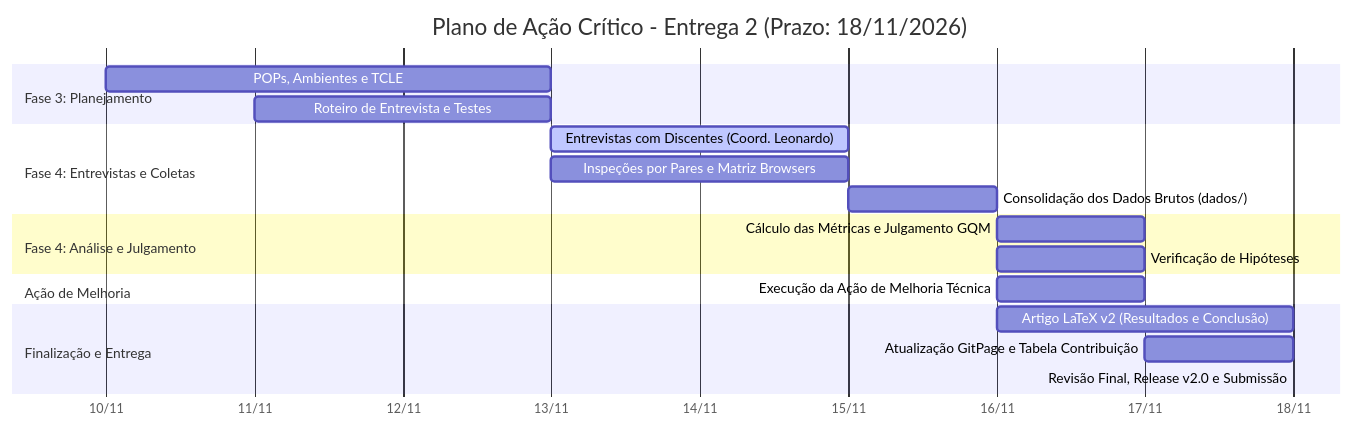
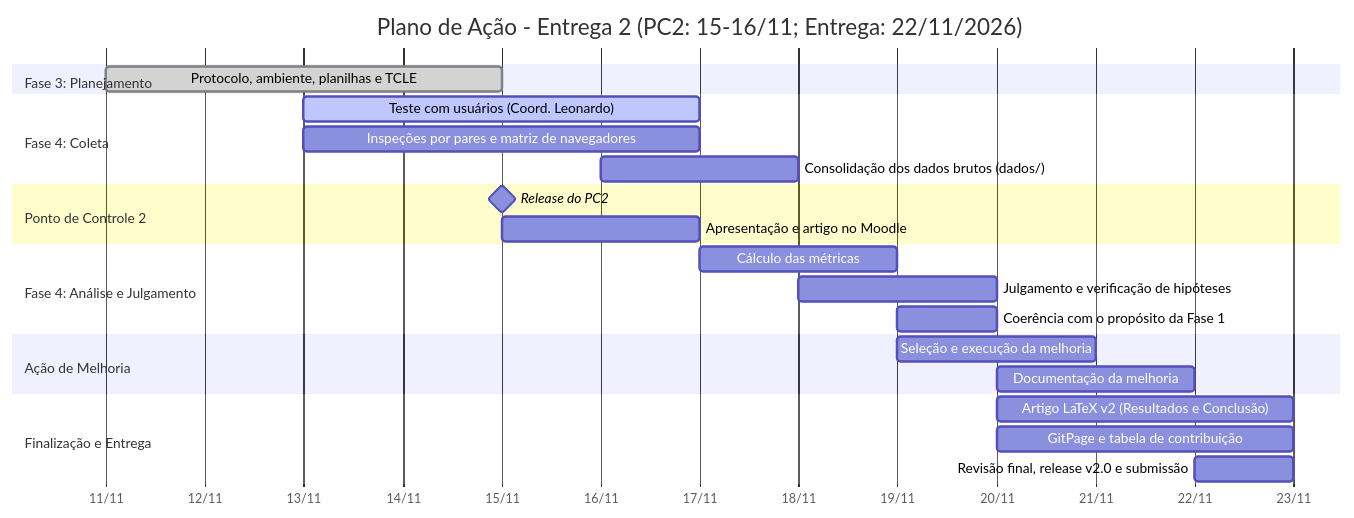
The diagram in docs/fase-3/cronograma.md (FCTE-Qualidade-de-Software-1/2026-2_T02_ADELE_GOLDSTINE), drawn with Mermaid before and after one commit. The commit also changed other lines of this file, not shown here.

First line of the commit message:
[D17] Atualiza o cronograma para a entrega em 22/11 e o PC2

````diff
--- a/docs/fase-3/cronograma.md
+++ b/docs/fase-3/cronograma.md
@@ -15,22 +15,27 @@
 ```mermaid
 gantt
-    title Plano de Ação Crítico - Entrega 2 (Prazo: 18/11/2026)
+    title Plano de Ação - Entrega 2 (PC2: 15-16/11; Entrega: 22/11/2026)
     dateFormat  YYYY-MM-DD
     axisFormat  %d/%m
+    inclusiveEndDates
     section Fase 3: Planejamento
-    POPs, Ambientes e TCLE              :2026-11-10, 2026-11-13
-    Roteiro de Entrevista e Testes      :2026-11-11, 2026-11-13
-    section Fase 4: Entrevistas e Coletas
-    Entrevistas com Discentes (Coord. Leonardo) :active, 2026-11-13, 2026-11-15
-    Inspeções por Pares e Matriz Browsers       :2026-11-13, 2026-11-15
-    Consolidação dos Dados Brutos (dados/)      :2026-11-15, 2026-11-16
+    Protocolo, ambiente, planilhas e TCLE       :done, 2026-11-11, 2026-11-14
+    section Fase 4: Coleta
+    Teste com usuários (Coord. Leonardo)        :active, 2026-11-13, 2026-11-16
+    Inspeções por pares e matriz de navegadores :2026-11-13, 2026-11-16
+    Consolidação dos dados brutos (dados/)      :2026-11-16, 2026-11-17
+    section Ponto de Controle 2
+    Release do PC2                              :milestone, 2026-11-15, 0d
+    Apresentação e artigo no Moodle             :2026-11-15, 2026-11-16
     section Fase 4: Análise e Julgamento
-    Cálculo das Métricas e Julgamento GQM       :2026-11-16, 2026-11-17
-    Verificação de Hipóteses                    :2026-11-16, 2026-11-17
+    Cálculo das métricas                        :2026-11-17, 2026-11-18
+    Julgamento e verificação de hipóteses       :2026-11-18, 2026-11-19
+    Coerência com o propósito da Fase 1         :2026-11-19, 2026-11-19
     section Ação de Melhoria
-    Execução da Ação de Melhoria Técnica        :2026-11-16, 2026-11-17
+    Seleção e execução da melhoria              :2026-11-19, 2026-11-20
+    Documentação da melhoria                    :2026-11-20, 2026-11-21
     section Finalização e Entrega
-    Artigo LaTeX v2 (Resultados e Conclusão)    :2026-11-16, 2026-11-18
-    Atualização GitPage e Tabela Contribuição   :2026-11-17, 2026-11-18
-    Revisão Final, Release v2.0 e Submissão     :2026-11-18, 2026-11-18
+    Artigo LaTeX v2 (Resultados e Conclusão)    :2026-11-20, 2026-11-22
+    GitPage e tabela de contribuição            :2026-11-20, 2026-11-22
+    Revisão final, release v2.0 e submissão     :2026-11-22, 2026-11-22
 ```
````
